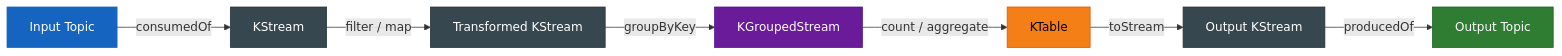
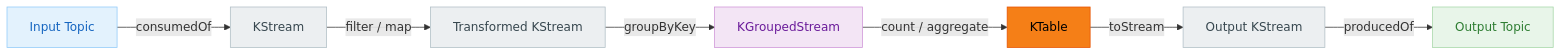
The third of 3 diagrams in infra/kafka/README.md (bluetape4k/bluetape4k-projects), drawn with Mermaid before and after one commit. The commit also changed other lines of this file and 219 other files, not shown here.

First line of the commit message:
docs: 전체 README Mermaid 다이어그램 가이드 적용

````diff
--- a/infra/kafka/README.md
+++ b/infra/kafka/README.md
@@ -448,25 +440,25 @@
 ```mermaid
 flowchart LR
     IT[Input Topic] -->|consumedOf| KS[KStream]
     KS -->|filter / map| KS2[Transformed KStream]
     KS2 -->|groupByKey| KG[KGroupedStream]
     KG -->|count / aggregate| KT[KTable]
     KT -->|toStream| OS[Output KStream]
     OS -->|producedOf| OT[Output Topic]
 
-    classDef coreStyle fill:#1B5E20,stroke:#1B5E20,color:#FFFFFF,font-weight:bold
-    classDef serviceStyle fill:#1565C0,stroke:#1565C0,color:#FFFFFF
-    classDef utilStyle fill:#E65100,stroke:#E65100,color:#FFFFFF
-    classDef asyncStyle fill:#6A1B9A,stroke:#6A1B9A,color:#FFFFFF
-    classDef extStyle fill:#37474F,stroke:#37474F,color:#FFFFFF
+    classDef coreStyle fill:#E8F5E9,stroke:#A5D6A7,color:#2E7D32,font-weight:bold
+    classDef serviceStyle fill:#E3F2FD,stroke:#90CAF9,color:#1565C0
+    classDef utilStyle fill:#FFF3E0,stroke:#FFCC80,color:#E65100
+    classDef asyncStyle fill:#F3E5F5,stroke:#CE93D8,color:#6A1B9A
+    classDef extStyle fill:#ECEFF1,stroke:#B0BEC5,color:#37474F
     classDef dataStyle fill:#F57F17,stroke:#F57F17,color:#000000
-    classDef cacheStyle fill:#2E7D32,stroke:#1B5E20,color:#FFFFFF
+    classDef cacheStyle fill:#E8F5E9,stroke:#A5D6A7,color:#2E7D32
 
-    style IT fill:#1565C0,stroke:#1565C0,color:#FFFFFF
-    style OT fill:#2E7D32,stroke:#1B5E20,color:#FFFFFF
+    style IT fill:#E3F2FD,stroke:#90CAF9,color:#1565C0
+    style OT fill:#E8F5E9,stroke:#A5D6A7,color:#2E7D32
     style KT fill:#F57F17,stroke:#E65100,color:#000000
-    style KS fill:#37474F,stroke:#263238,color:#FFFFFF
-    style KS2 fill:#37474F,stroke:#263238,color:#FFFFFF
-    style KG fill:#6A1B9A,stroke:#4A148C,color:#FFFFFF
-    style OS fill:#37474F,stroke:#263238,color:#FFFFFF
+    style KS fill:#ECEFF1,stroke:#B0BEC5,color:#37474F
+    style KS2 fill:#ECEFF1,stroke:#B0BEC5,color:#37474F
+    style KG fill:#F3E5F5,stroke:#CE93D8,color:#6A1B9A
+    style OS fill:#ECEFF1,stroke:#B0BEC5,color:#37474F
 ```
````
